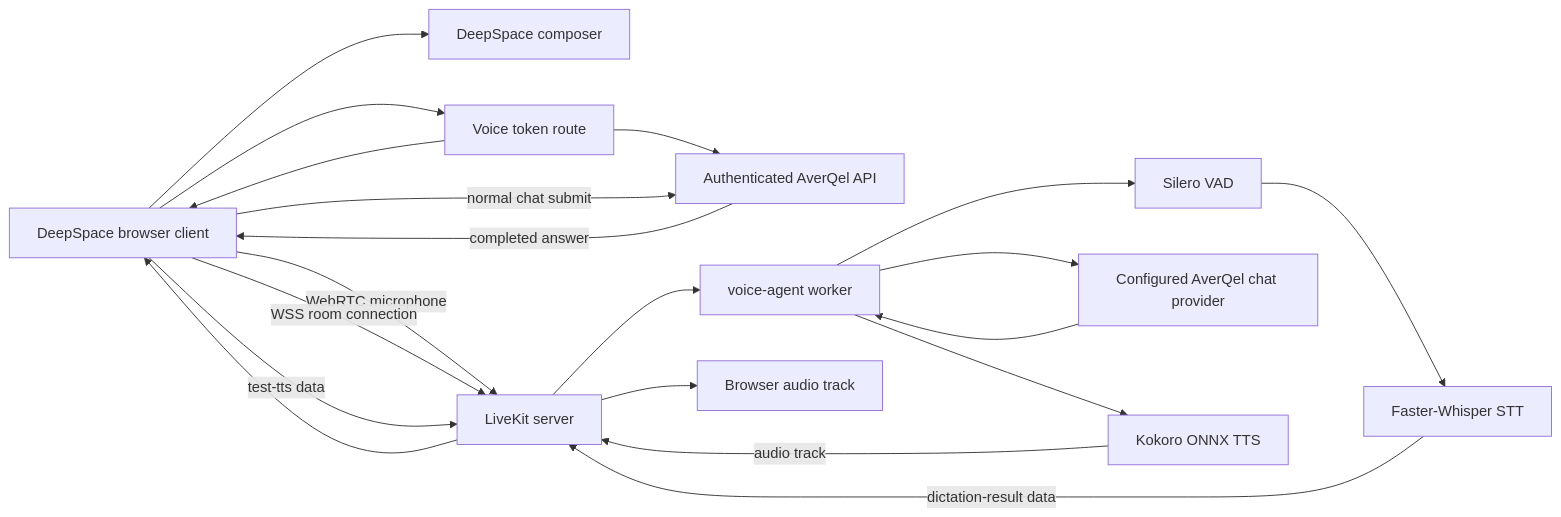
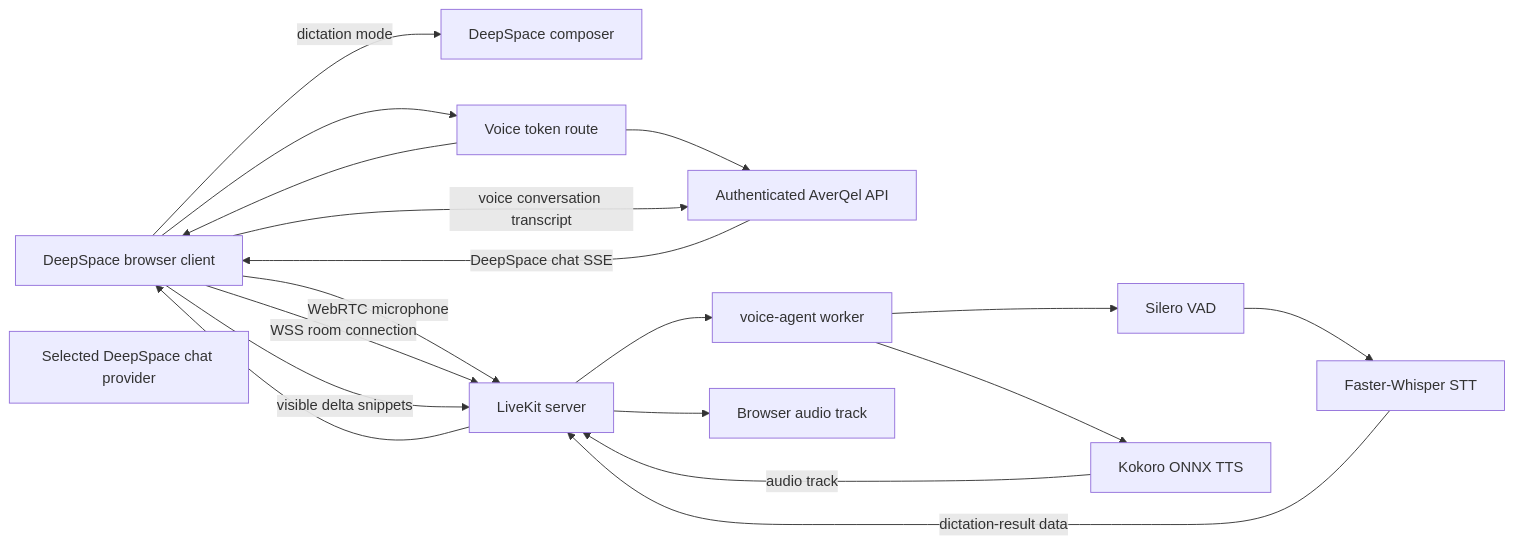
The first of 4 diagrams in backend/docs/capabilities/11-voice-and-realtime-audio.md (sainibhaowal/AverQel), drawn with Mermaid before and after one commit. The commit also changed other lines of this file and 359 other files, not shown here.

```diff
--- a/backend/docs/capabilities/11-voice-and-realtime-audio.md
+++ b/backend/docs/capabilities/11-voice-and-realtime-audio.md
@@ -54,34 +69,32 @@
 ~~~mermaid
 flowchart LR
     Browser[DeepSpace browser client]
     Composer[DeepSpace composer]
     API[Authenticated AverQel API]
     Token[Voice token route]
     LK[LiveKit server]
     Agent[voice-agent worker]
     VAD[Silero VAD]
     STT[Faster-Whisper STT]
-    Provider[Configured AverQel chat provider]
+    Provider[Selected DeepSpace chat provider]
     TTS[Kokoro ONNX TTS]
     Audio[Browser audio track]
 
     Browser --> Token
     Token --> API
     Token --> Browser
     Browser -->|WebRTC microphone| LK
     Browser -->|WSS room connection| LK
     LK --> Agent
     Agent --> VAD
     VAD --> STT
     STT -->|dictation-result data| LK
     LK --> Browser
-    Browser --> Composer
-    Browser -->|normal chat submit| API
-    API -->|completed answer| Browser
-    Browser -->|test-tts data| LK
-    Agent --> Provider
-    Provider --> Agent
+    Browser -->|dictation mode| Composer
+    Browser -->|voice conversation transcript| API
+    API -->|DeepSpace chat SSE| Browser
+    Browser -->|visible delta snippets| LK
     Agent --> TTS
     TTS -->|audio track| LK
     LK --> Audio
 ~~~
```
